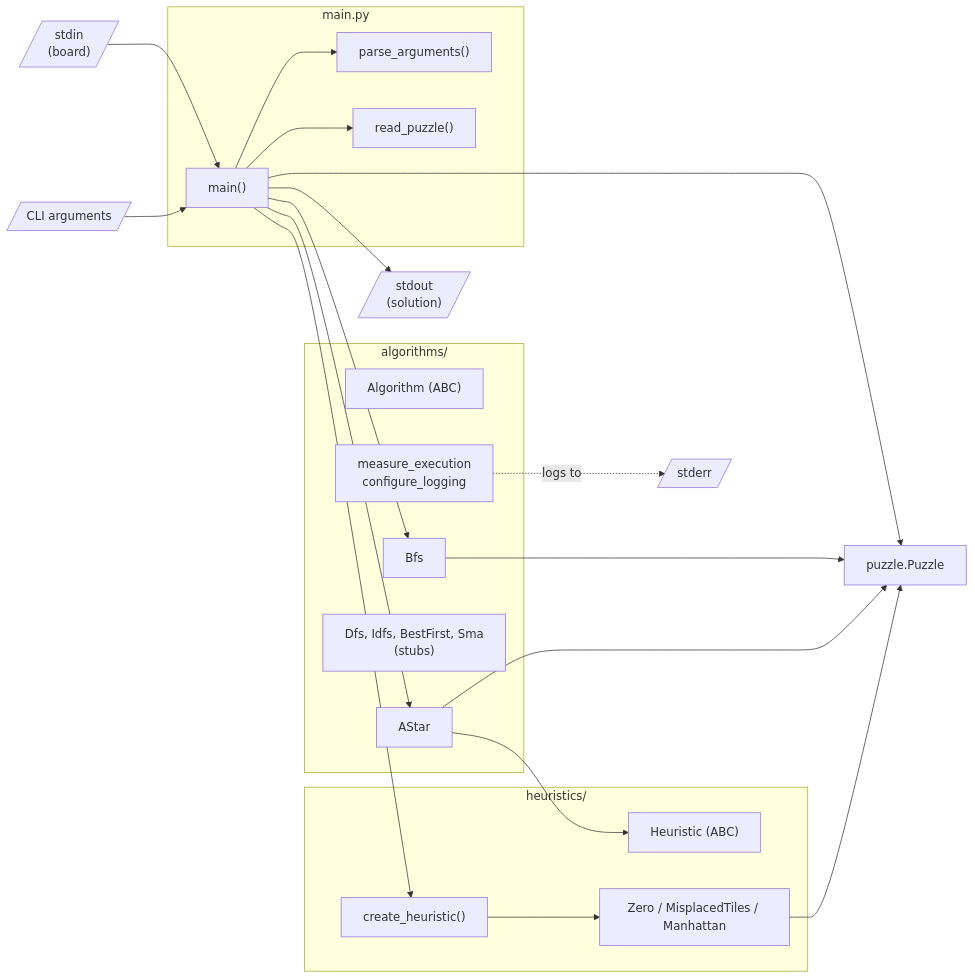
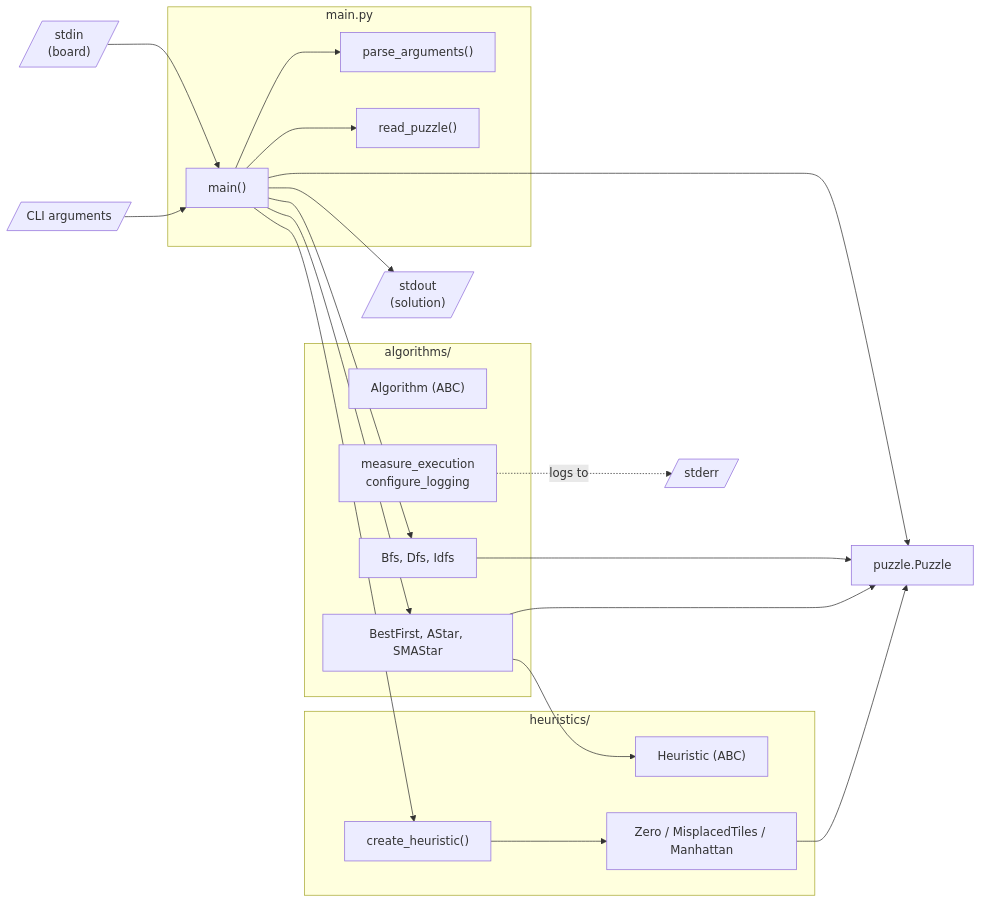
The first of 3 diagrams in docs/architecture.md (Krecikkko/4_1_TUL_ArtificialIntelligence-ExpertSystems), drawn with Mermaid before and after one commit. The commit also changed other lines of this file and 69 other files, not shown here.

````diff
--- a/docs/architecture.md
+++ b/docs/architecture.md
@@ -18,41 +20,40 @@
 ```mermaid
 flowchart LR
     stdin[/"stdin<br/>(board)"/] --> main
     cli[/"CLI arguments"/] --> main
 
     subgraph main_py["main.py"]
         main["main()"]
         parse["parse_arguments()"]
         read["read_puzzle()"]
     end
     main --> parse
     main --> read
 
     subgraph algorithms["algorithms/"]
         alg["Algorithm (ABC)"]
-        bfs["Bfs"]
-        astar["AStar"]
-        stubs["Dfs, Idfs, BestFirst, Sma<br/>(stubs)"]
+        uninformed["Bfs, Dfs, Idfs"]
+        informed["BestFirst, AStar, SMAStar"]
         deco["measure_execution<br/>configure_logging"]
     end
 
     subgraph heuristics["heuristics/"]
         fac["create_heuristic()"]
         h["Heuristic (ABC)"]
         hz["Zero / MisplacedTiles / Manhattan"]
     end
 
     puzzle["puzzle.Puzzle"]
 
     main --> puzzle
-    main --> bfs
-    main --> astar
+    main --> uninformed
+    main --> informed
     main --> fac
     fac --> hz
-    bfs --> puzzle
-    astar --> puzzle
-    astar --> h
+    uninformed --> puzzle
+    informed --> puzzle
+    informed --> h
     hz --> puzzle
     deco -. "logs to" .-> stderr[/"stderr"/]
     main --> stdout[/"stdout<br/>(solution)"/]
 ```
````
